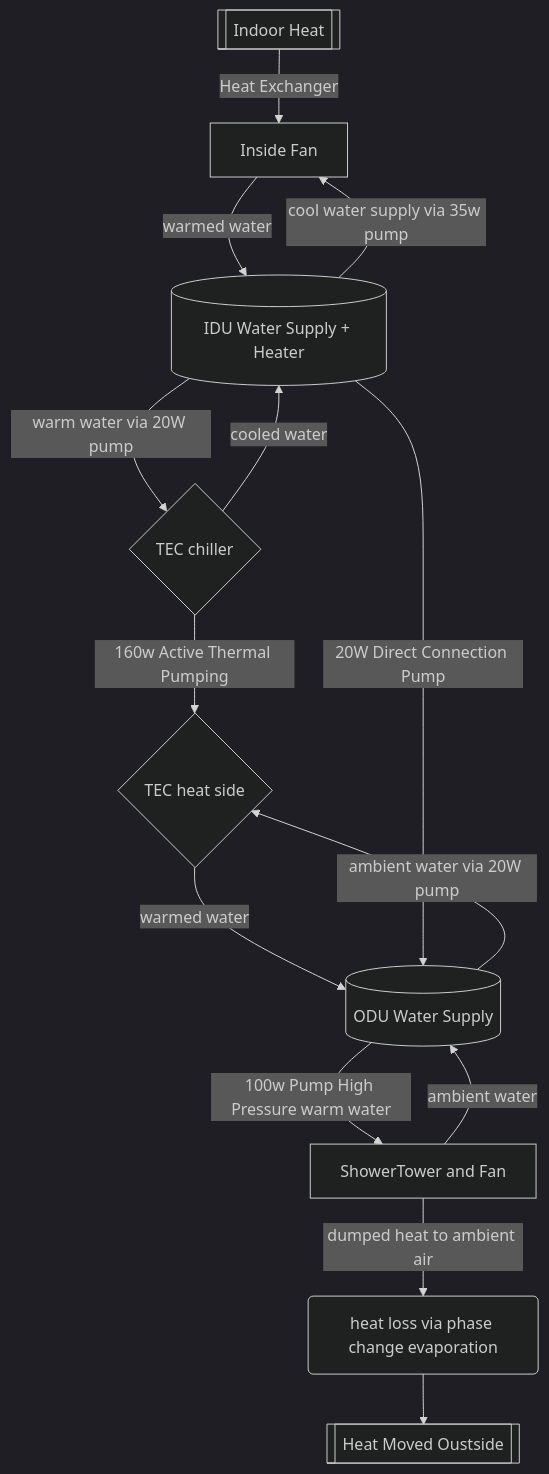
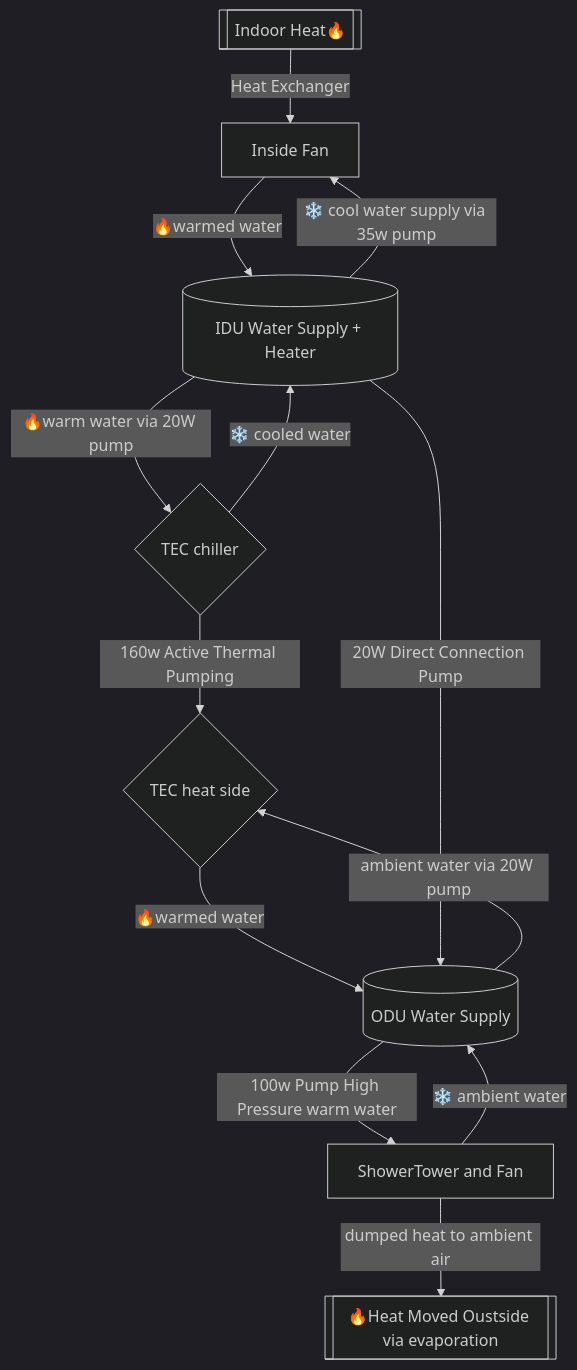
The diagram in src/cooling/readme.md (ericdmoore/casitaAzul), drawn with Mermaid (dark theme) before and after one commit.

Commit message:
diagram updates.22

````diff
--- a/src/cooling/readme.md
+++ b/src/cooling/readme.md
@@ -36,16 +36,15 @@
 ```mermaid
 flowchart TD
-   indoorHeat[[Indoor Heat]] --> |Heat Exchanger| IDU[Inside Fan]
-   IDU -->|warmed water| IDUtub[(IDU Water Supply + Heater)]
-   IDUtub -->|cool water supply via 35w pump| IDU
-   IDUtub -->|warm water via 20W pump| TECcold{TEC chiller}
-   TECcold --> |cooled water| IDUtub
+   indoorHeat[[Indoor Heat🔥]] --> |Heat Exchanger| IDU[Inside Fan]
+   IDU -->|🔥warmed water| IDUtub[(IDU Water Supply + Heater)]
+   IDUtub -->|❄️ cool water supply via 35w pump| IDU
+   IDUtub -->|🔥warm water via 20W pump| TECcold{TEC chiller}
+   TECcold --> |❄️ cooled water| IDUtub
    TECcold --> |160w Active Thermal Pumping| TEChot{TEC heat side}
    ODUtub[(ODU Water Supply)] -->|ambient water via 20W pump| TEChot
-   TEChot -->|warmed water| ODUtub
+   TEChot -->|🔥warmed water| ODUtub
    ODUtub --> |100w Pump High Pressure warm water| ShowerTower[ShowerTower and Fan]
-   ShowerTower --> |ambient water| ODUtub
-   ShowerTower --> |dumped heat to ambient air| air(heat loss via phase change evaporation)
+   ShowerTower --> |❄️ ambient water| ODUtub
+   ShowerTower --> |dumped heat to ambient air| air[[🔥Heat Moved Oustside via evaporation]]
    IDUtub -->|20W Direct Connection Pump| ODUtub
-   air --> outdoorHeat[[Heat Moved Oustside]]
 ```
````
